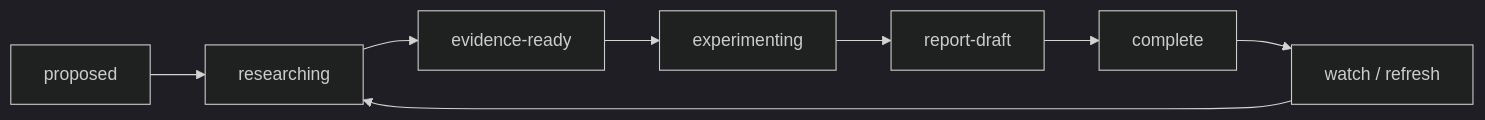
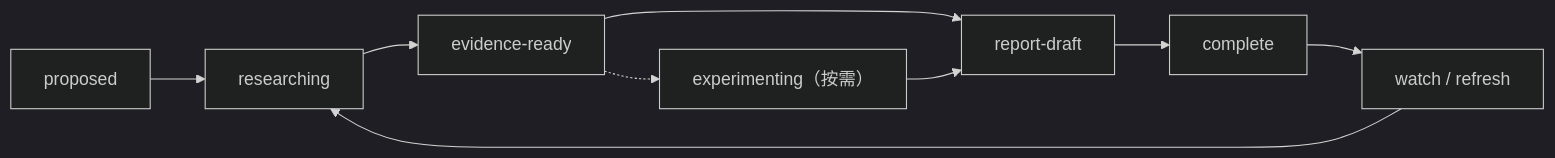
The diagram in 50_deepdives/README.md (dicoeeee/CICDInsight), drawn with Mermaid (dark theme) before and after one commit. The commit also changed other lines of this file and 30 other files, not shown here.

````diff
--- a/50_deepdives/README.md
+++ b/50_deepdives/README.md
@@ -64,10 +72,11 @@
 ```mermaid
 flowchart LR
   P["proposed"] --> R["researching"]
   R --> E["evidence-ready"]
-  E --> X["experimenting"]
+  E --> D["report-draft"]
+  E -.-> X["experimenting（按需）"]
   X --> D["report-draft"]
   D --> C["complete"]
   C --> W["watch / refresh"]
   W --> R
 ```
````
